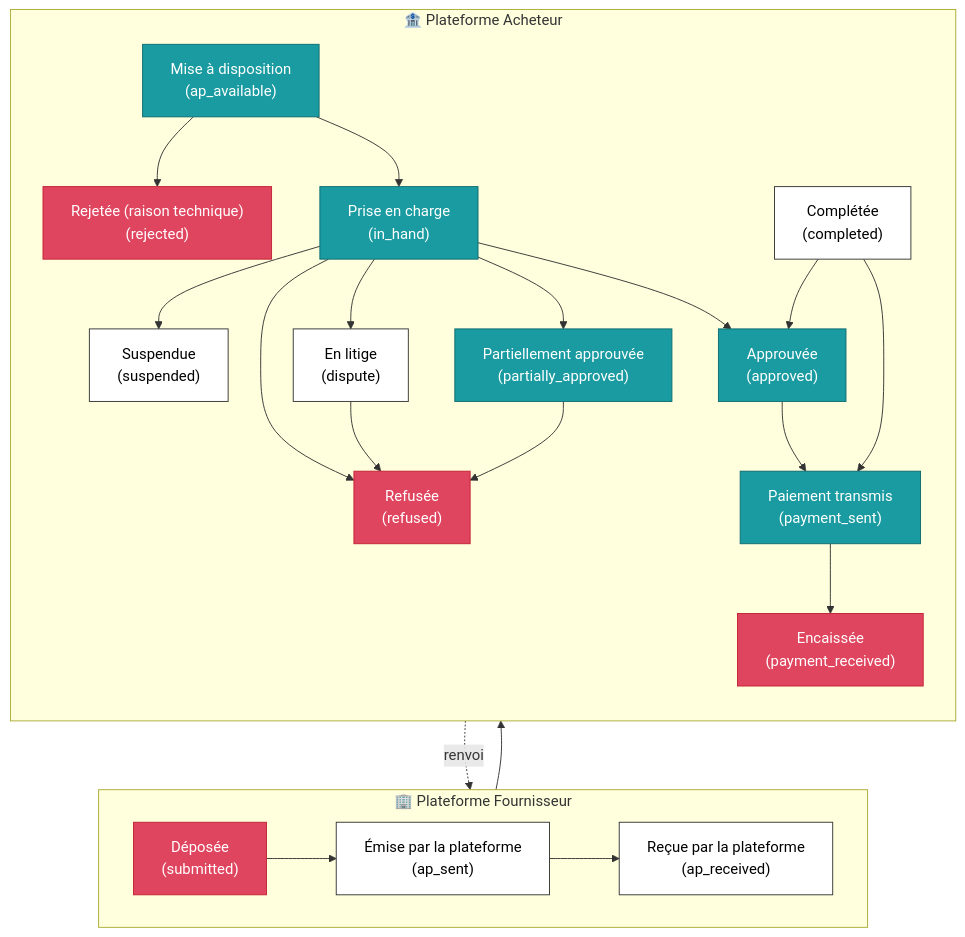
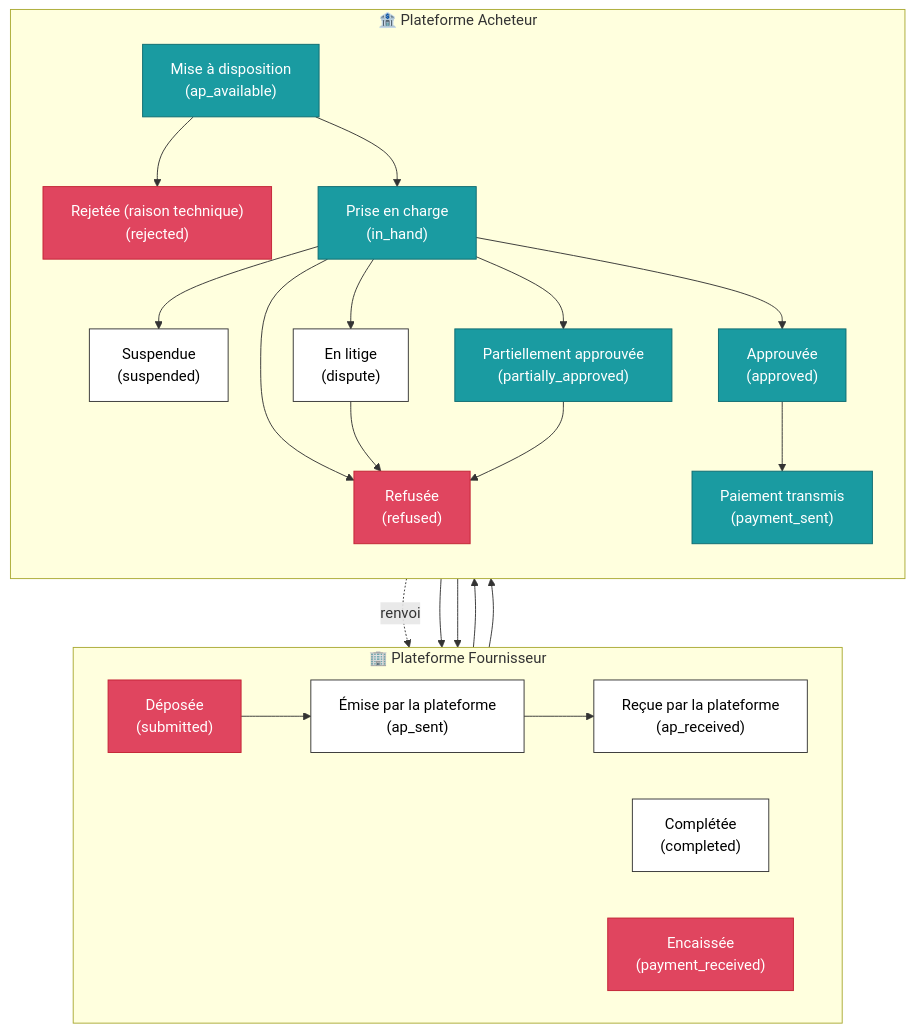
Before and after one commit to yuntux/einvoicing_router: the first of 6 diagrams in spec.md, drawn with Mermaid.

Commit message:
Corrige le rattachement Fournisseur/Acheteur de Complétée et Encaissée
Ces deux statuts sont positionnés au-dessus de la ligne de séparation
dans le schéma original (côté Plateforme Fournisseur), pas en dessous :
c'est le vendeur qui déclare une facture "complétée" et qui confirme
l'avoir "encaissée", alors que c'est l'acheteur qui approuve et
transmet le paiement. Déplace ces deux nœuds du sous-graphe Acheteur
vers le sous-graphe Fournisseur et ajuste les arêtes en conséquence.

Claude-Session: https://claude.ai/code/session_01HknPyrng5AuiN62ThRGDqj

````diff
--- a/spec.md
+++ b/spec.md
@@ -16,53 +16,53 @@
 ```mermaid
 flowchart TD
     subgraph FOURNISSEUR["🏢 Plateforme Fournisseur"]
         direction LR
         submitted["Déposée<br/>(submitted)"]
         ap_sent["Émise par la plateforme<br/>(ap_sent)"]
         ap_received["Reçue par la plateforme<br/>(ap_received)"]
+        completed["Complétée<br/>(completed)"]
+        payment_received["Encaissée<br/>(payment_received)"]
         submitted --> ap_sent --> ap_received
     end
 
     subgraph ACHETEUR["🏦 Plateforme Acheteur"]
         direction TB
         ap_available["Mise à disposition<br/>(ap_available)"]
         rejected["Rejetée (raison technique)<br/>(rejected)"]
         in_hand["Prise en charge<br/>(in_hand)"]
-        completed["Complétée<br/>(completed)"]
         suspended["Suspendue<br/>(suspended)"]
         dispute["En litige<br/>(dispute)"]
         approved["Approuvée<br/>(approved)"]
         partially_approved["Partiellement approuvée<br/>(partially_approved)"]
         refused["Refusée<br/>(refused)"]
         payment_sent["Paiement transmis<br/>(payment_sent)"]
-        payment_received["Encaissée<br/>(payment_received)"]
 
         ap_available --> rejected
         ap_available --> in_hand
 
         in_hand --> suspended
         in_hand --> dispute
         in_hand --> approved
         in_hand --> partially_approved
         in_hand --> refused
 
         dispute --> refused
         partially_approved --> refused
 
-        completed --> approved
         approved --> payment_sent
-        completed --> payment_sent
-        payment_sent --> payment_received
     end
 
     ap_received --> ap_available
     rejected -.->|renvoi| submitted
+    approved --> completed
+    completed --> payment_sent
+    payment_sent --> payment_received
 
     classDef obligatoire fill:#e0455f,stroke:#c22233,color:#ffffff
     classDef recommande fill:#1a9ba1,stroke:#0e6b70,color:#ffffff
     classDef autre fill:#ffffff,stroke:#333333,color:#000000
 
     class submitted,rejected,refused,payment_received obligatoire
     class ap_available,in_hand,approved,partially_approved,payment_sent recommande
     class ap_sent,ap_received,completed,suspended,dispute autre
 ```
````
